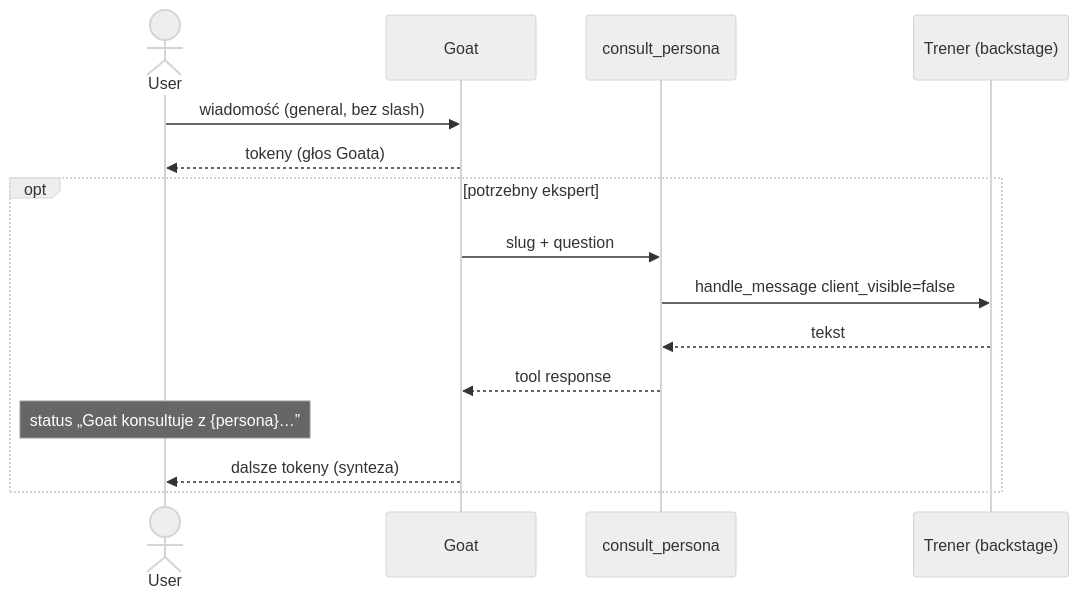
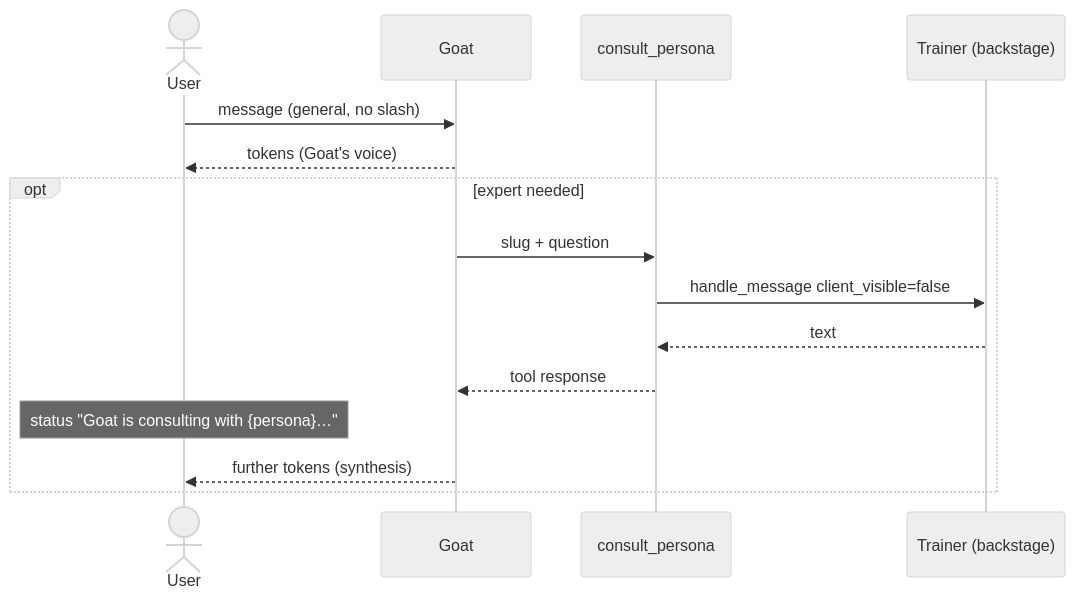
The diagram in docs/superpowers/specs/2026-08-16-goat-consult-persona-design.md (fifmazurkiewicz/goat), drawn with Mermaid (neutral theme) before and after one commit. The commit also changed other lines of this file and 247 other files, not shown here.

````diff
--- a/docs/superpowers/specs/2026-08-16-goat-consult-persona-design.md
+++ b/docs/superpowers/specs/2026-08-16-goat-consult-persona-design.md
@@ -86,18 +86,18 @@
 ```mermaid
 sequenceDiagram
     actor U as User
     participant GO as Goat
     participant T as consult_persona
-    participant TR as Trener (backstage)
+    participant TR as Trainer (backstage)
 
-    U->>GO: wiadomość (general, bez slash)
-    GO-->>U: tokeny (głos Goata)
-    opt potrzebny ekspert
+    U->>GO: message (general, no slash)
+    GO-->>U: tokens (Goat's voice)
+    opt expert needed
         GO->>T: slug + question
         T->>TR: handle_message client_visible=false
-        TR-->>T: tekst
+        TR-->>T: text
         T-->>GO: tool response
-        Note over U: status „Goat konsultuje z {persona}…”
-        GO-->>U: dalsze tokeny (synteza)
+        Note over U: status "Goat is consulting with {persona}…"
+        GO-->>U: further tokens (synthesis)
     end
 ```
````
